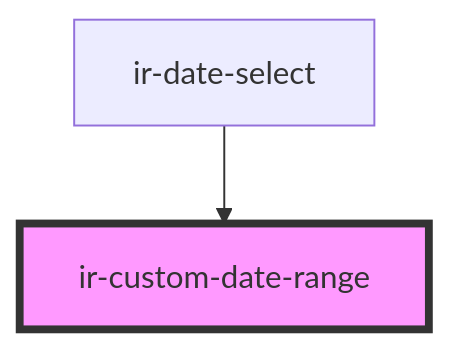
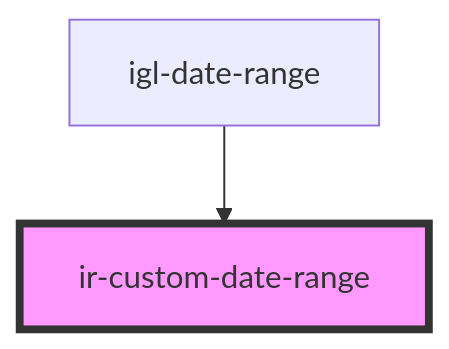
One commit to RonyRizk/ir-webcmp changed the diagram in src/components/ui/ir-custom-date-range/readme.md. Above: the diagram before and after it, drawn with Mermaid. The commit also changed other lines of this file and 43 other files, not shown here.

````diff
--- a/src/components/ui/ir-custom-date-range/readme.md
+++ b/src/components/ui/ir-custom-date-range/readme.md
@@ -36,5 +36,5 @@
 ```mermaid
 graph TD;
-  ir-date-select --> ir-custom-date-range
+  igl-date-range --> ir-custom-date-range
   style ir-custom-date-range fill:#f9f,stroke:#333,stroke-width:4px
 ```
````
